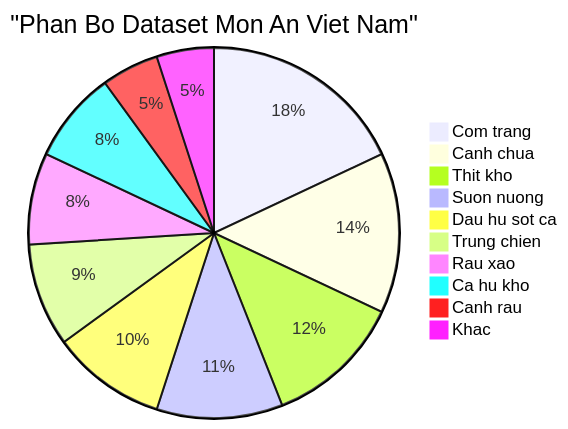
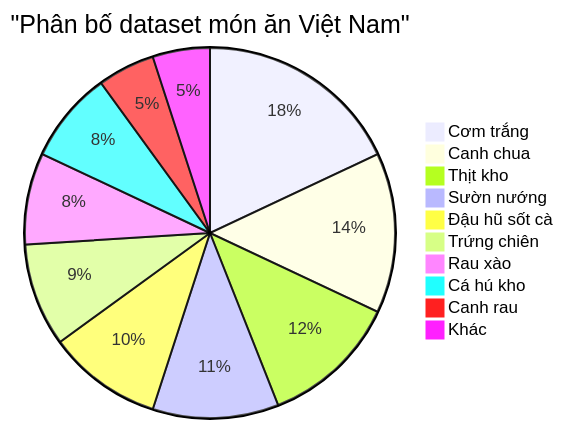
One commit to DevOpsLogistics/FoodVision-Ai changed the tenth of 11 diagrams in README.md. Above: the diagram before and after it, drawn with Mermaid. The commit also changed other lines of this file, not shown here.

Commit message:
Docs: Fix Vietnamese diacritics, simplify Mermaid diagrams, remove UI implementation details

````diff
--- a/README.md
+++ b/README.md
@@ -394,13 +317,13 @@
 ```mermaid
-pie title "Phan Bo Dataset Mon An Viet Nam"
-    "Com trang" : 18
+pie title "Phân bố dataset món ăn Việt Nam"
+    "Cơm trắng" : 18
     "Canh chua" : 14
-    "Thit kho" : 12
-    "Suon nuong" : 11
-    "Dau hu sot ca" : 10
-    "Trung chien" : 9
-    "Rau xao" : 8
-    "Ca hu kho" : 8
+    "Thịt kho" : 12
+    "Sườn nướng" : 11
+    "Đậu hũ sốt cà" : 10
+    "Trứng chiên" : 9
+    "Rau xào" : 8
+    "Cá hú kho" : 8
     "Canh rau" : 5
-    "Khac" : 5
+    "Khác" : 5
 ```
````
